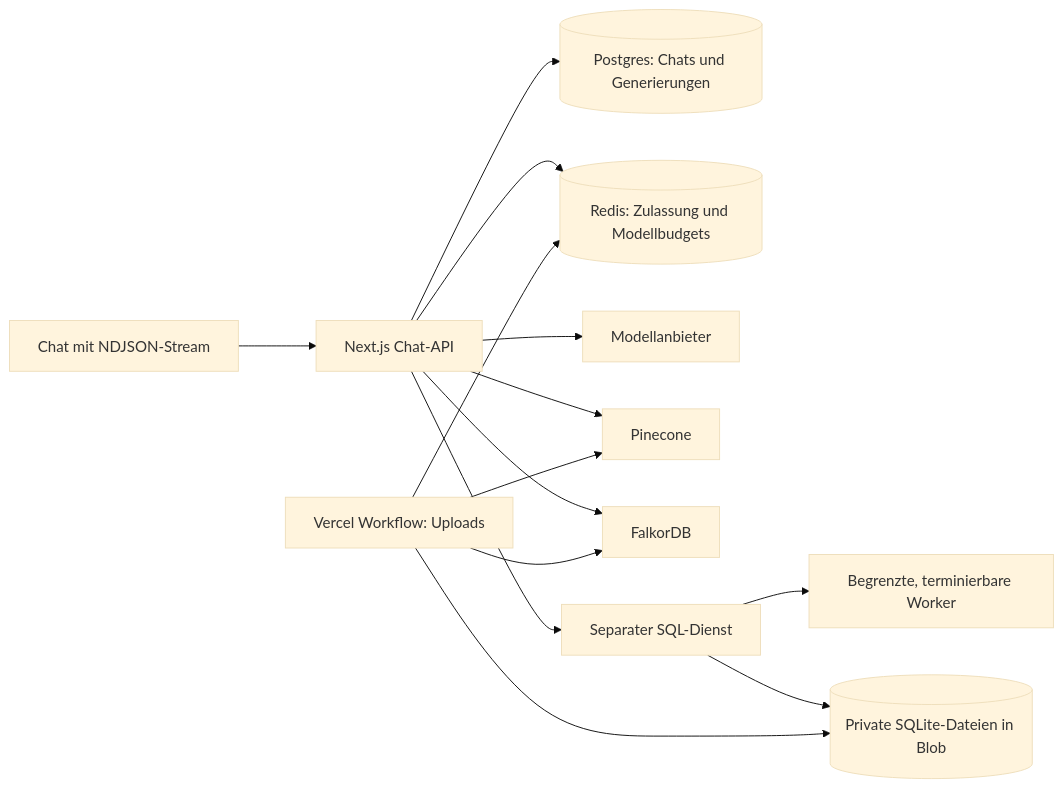
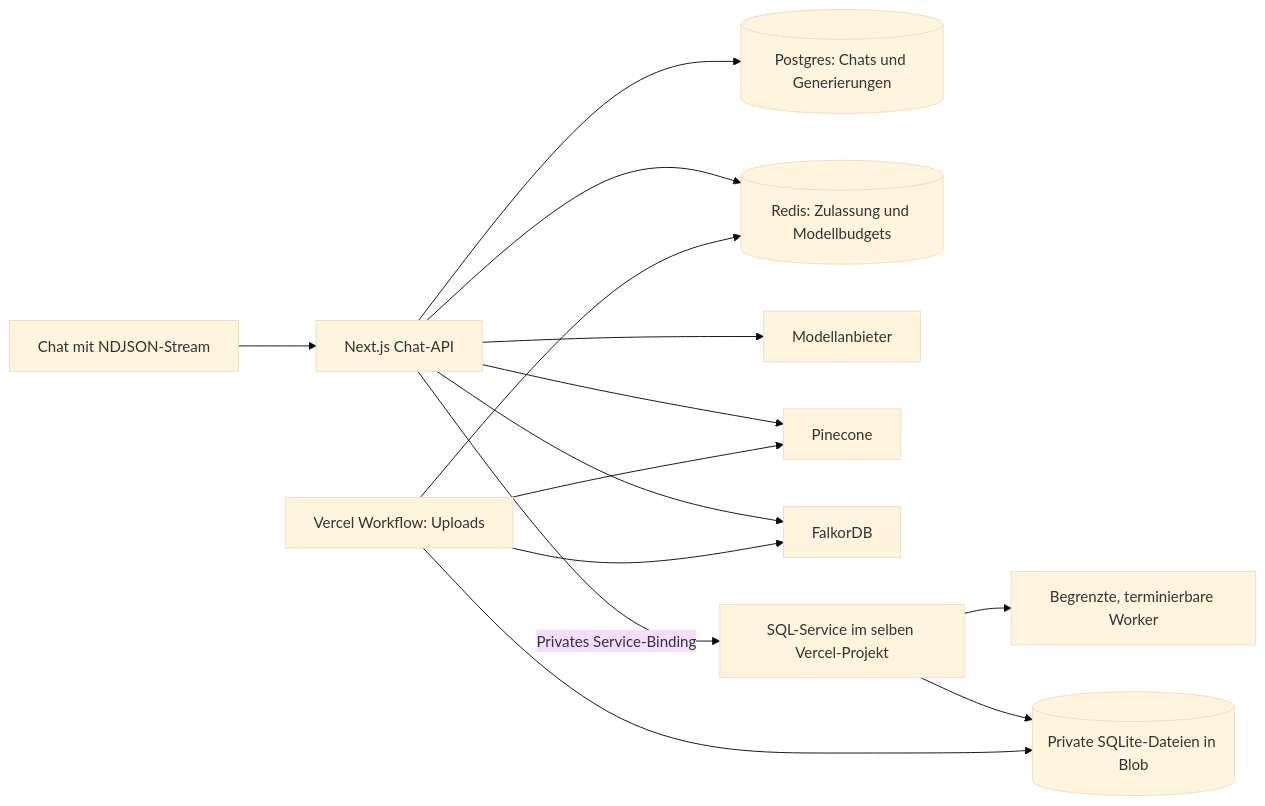
The diagram in docs/scaling-and-chat.md (StefanMuellerAI/RAG-Chatbot), drawn with Mermaid (base theme) before and after one commit. The commit also changed other lines of this file and 9 other files, not shown here.

Commit message:
Bindet privaten SQL-Dienst im Vercel-Deployment an

````diff
--- a/docs/scaling-and-chat.md
+++ b/docs/scaling-and-chat.md
@@ -11,16 +11,16 @@
 ```mermaid
 flowchart LR
   UI[Chat mit NDJSON-Stream] --> API[Next.js Chat-API]
   API --> PG[(Postgres: Chats und Generierungen)]
   API --> Redis[(Redis: Zulassung und Modellbudgets)]
   API --> LLM[Modellanbieter]
   API --> Vector[Pinecone]
   API --> Graph[FalkorDB]
-  API --> SQL[Separater SQL-Dienst]
+  API -->|Privates Service-Binding| SQL[SQL-Service im selben Vercel-Projekt]
   SQL --> Worker[Begrenzte, terminierbare Worker]
   SQL --> Blob[(Private SQLite-Dateien in Blob)]
   Upload[Vercel Workflow: Uploads] --> Redis
   Upload --> Blob
   Upload --> Vector
   Upload --> Graph
 ```
````
